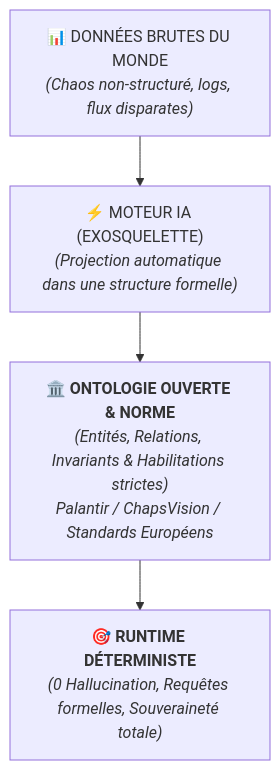
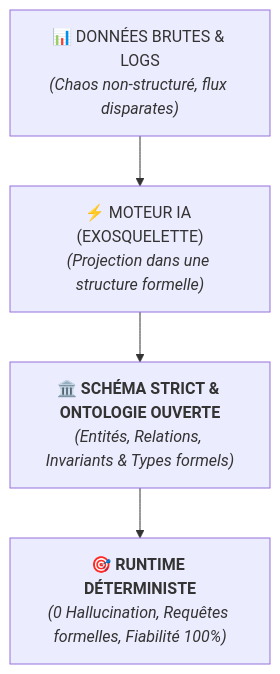
Before and after one commit to gpineda-dev/gpineda-dev.github.io: the seventh of 10 diagrams in content/posts/2026-09-19-ai-exoskelton-for-builders-not-oracle.fr.md, drawn with Mermaid. The commit also changed other lines of this file and 1 other file, not shown here.

````diff
--- a/content/posts/2026-09-19-ai-exoskelton-for-builders-not-oracle.fr.md
+++ b/content/posts/2026-09-19-ai-exoskelton-for-builders-not-oracle.fr.md
@@ -321,6 +320,6 @@
 ```mermaid
 flowchart TD
-    A["📊 DONNÉES BRUTES DU MONDE<br><i>(Chaos non-structuré, logs, flux disparates)</i>"] --> B["⚡ MOTEUR IA (EXOSQUELETTE)<br><i>(Projection automatique dans une structure formelle)</i>"]
-    B --> C["🏛️ <b>ONTOLOGIE OUVERTE & NORME</b><br><i>(Entités, Relations, Invariants & Habilitations strictes)</i><br><i>Palantir / ChapsVision / Standards Européens</i>"]
-    C --> D["🎯 <b>RUNTIME DÉTERMINISTE</b><br><i>(0 Hallucination, Requêtes formelles, Souveraineté totale)</i>"]
+    A["📊 DONNÉES BRUTES & LOGS<br><i>(Chaos non-structuré, flux disparates)</i>"] --> B["⚡ MOTEUR IA (EXOSQUELETTE)<br><i>(Projection dans une structure formelle)</i>"]
+    B --> C["🏛️ <b>SCHÉMA STRICT & ONTOLOGIE OUVERTE</b><br><i>(Entités, Relations, Invariants & Types formels)</i>"]
+    C --> D["🎯 <b>RUNTIME DÉTERMINISTE</b><br><i>(0 Hallucination, Requêtes formelles, Fiabilité 100%)</i>"]
 ```
````
